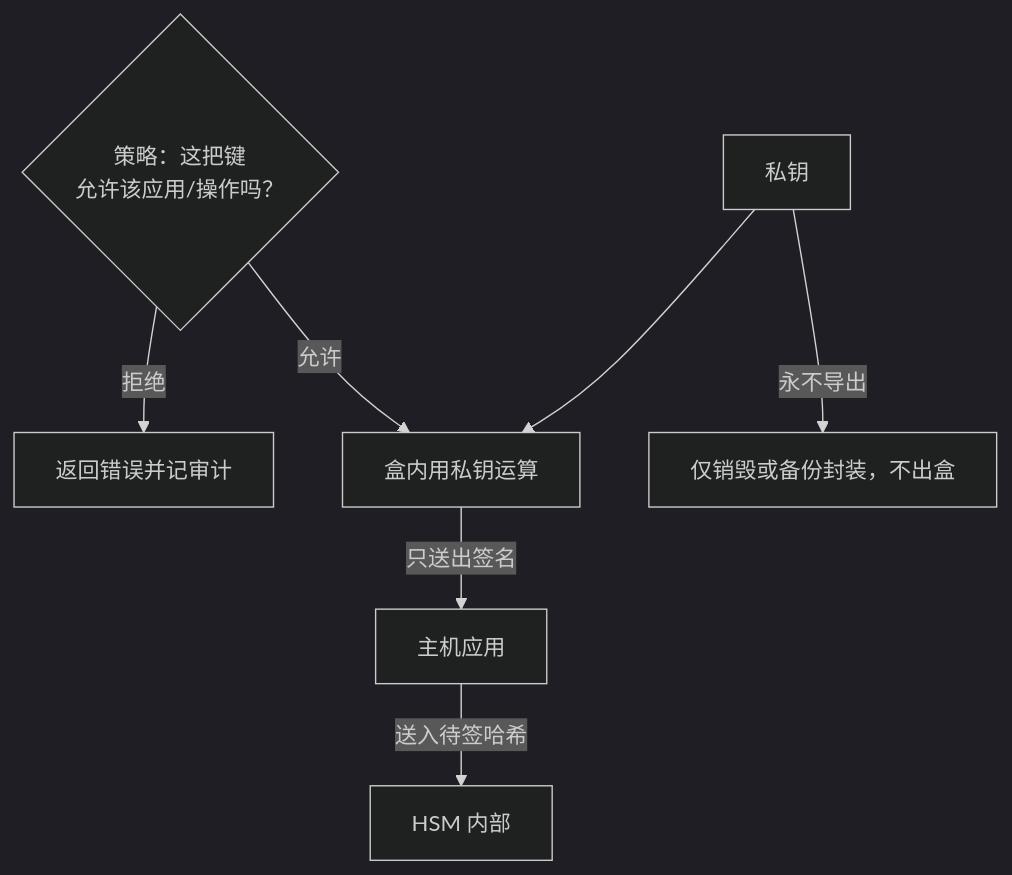
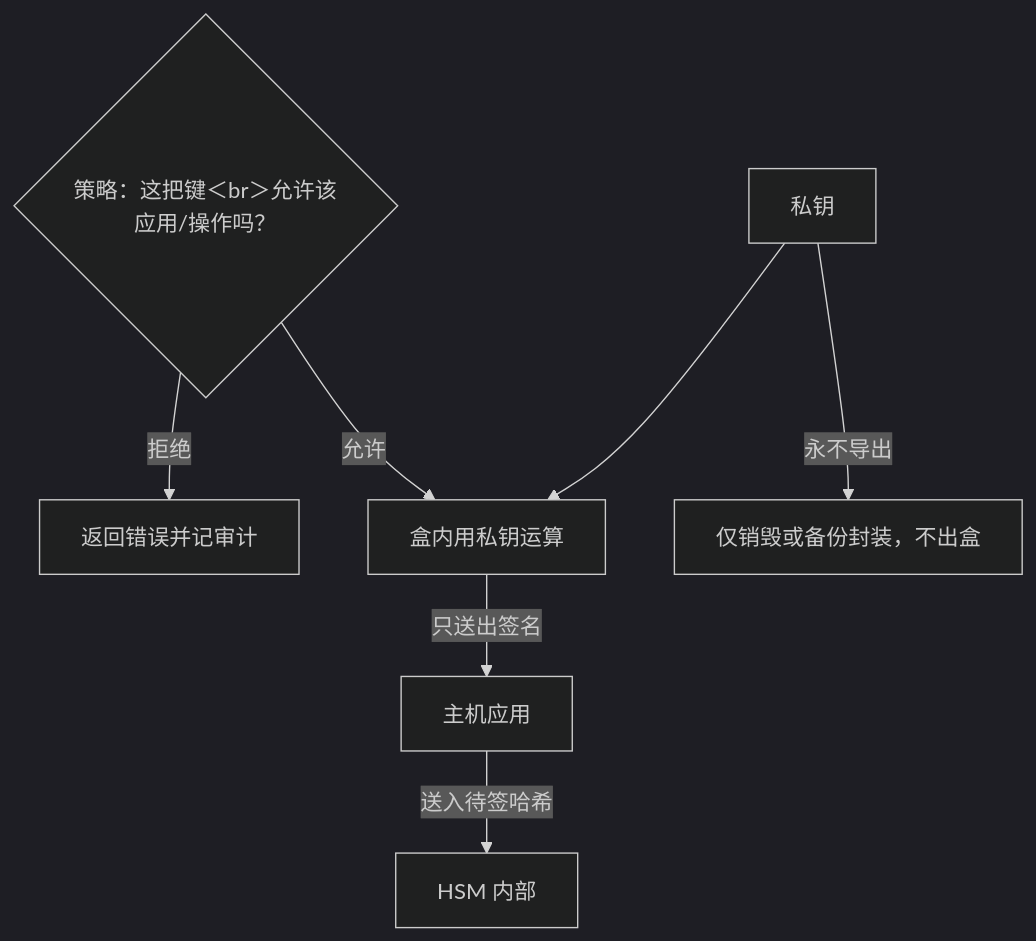
The second of 2 diagrams in docs/cs/key-management-hsm.md (xhongduo-tech/xhongduo-tech.github.io), drawn with Mermaid (dark theme) before and after one commit. The commit also changed 291 other files, not shown here.

Commit message:
Normalize lesson titles to tree names and repair mermaid arrow/quote syntax site-wide.

````diff
--- a/docs/cs/key-management-hsm.md
+++ b/docs/cs/key-management-hsm.md
@@ -46,9 +46,9 @@
 ```mermaid
 flowchart TD
   APP["主机应用"] -->|"送入待签哈希"| HSM["HSM 内部"]
-  POL{"策略：这把键<br>允许该应用/操作吗？"} -->|"拒绝"| NO["返回错误并记审计"]
+  POL{"策略：这把键＜br＞允许该应用/操作吗？"} -->|"拒绝"| NO["返回错误并记审计"]
   POL -->|"允许"| SIG["盒内用私钥运算"]
   SIG -->|"只送出签名"| APP
   KEY["私钥"] --> SIG
   KEY -->|"永不导出"| BOXOUT["仅销毁或备份封装，不出盒"]
 ```
````
